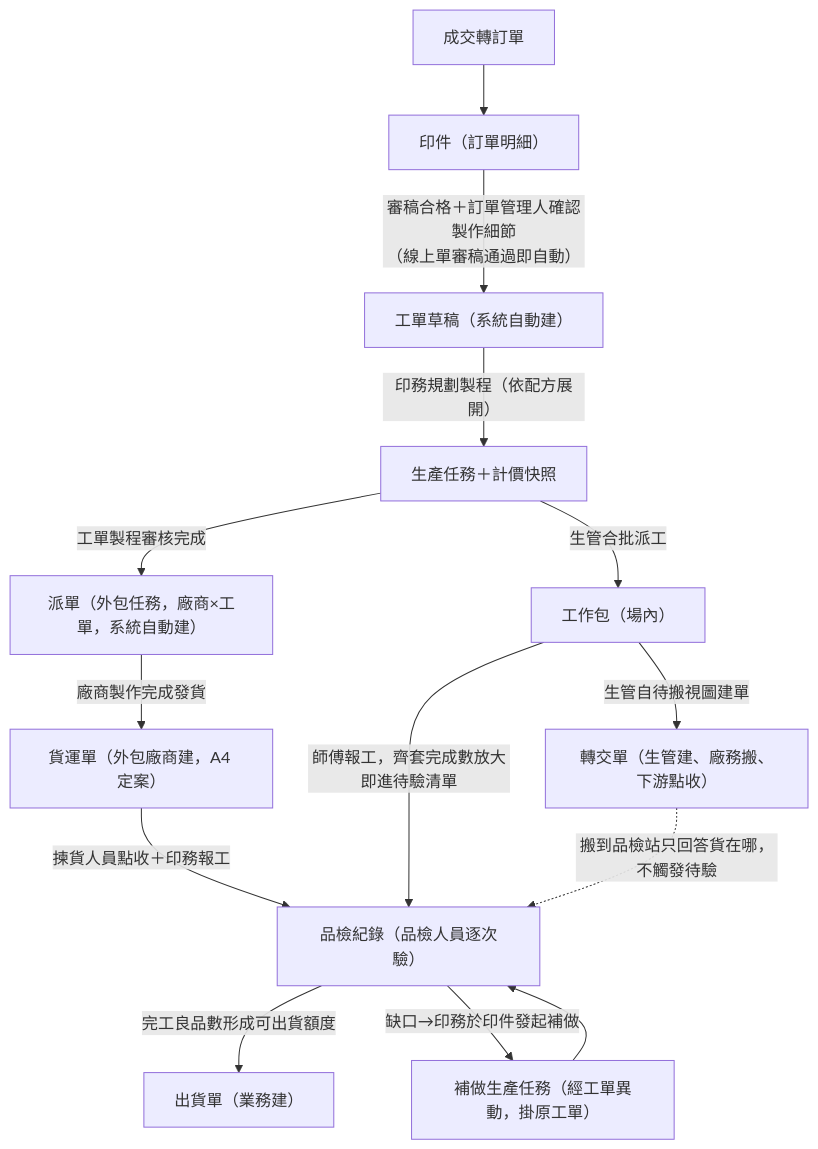
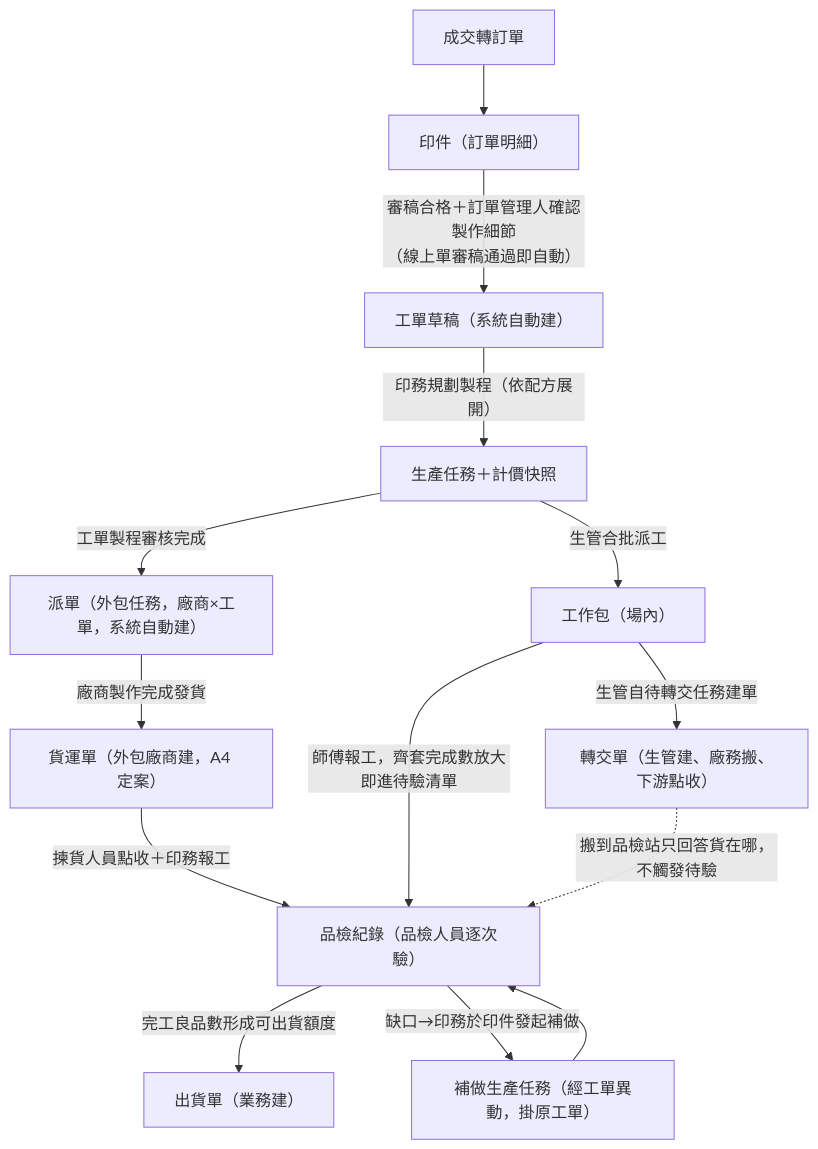
Before and after one commit to Kawato-Miles/erp-spec: the second of 4 diagrams in memory/Sens_wiki/wiki/erp/05-entities/生產領域資料結構總覽.md, drawn with Mermaid. The commit also changed other lines of this file and 25 other files, not shown here.

````diff
--- a/memory/Sens_wiki/wiki/erp/05-entities/生產領域資料結構總覽.md
+++ b/memory/Sens_wiki/wiki/erp/05-entities/生產領域資料結構總覽.md
@@ -61,16 +61,16 @@
 ```mermaid
 flowchart TD
     A["成交轉訂單"] --> B["印件（訂單明細）"]
     B -->|"審稿合格＋訂單管理人確認製作細節<br>（線上單審稿通過即自動）"| C["工單草稿（系統自動建）"]
     C -->|"印務規劃製程（依配方展開）"| D["生產任務＋計價快照"]
     D -->|"工單製程審核完成"| E["派單（外包任務，廠商×工單，系統自動建）"]
     D -->|"生管合批派工"| F["工作包（場內）"]
     E -->|"廠商製作完成發貨"| G["貨運單（外包廠商建，A4 定案）"]
-    F -->|"生管自待搬視圖建單"| H["轉交單（生管建、廠務搬、下游點收）"]
+    F -->|"生管自待轉交任務建單"| H["轉交單（生管建、廠務搬、下游點收）"]
     G -->|"揀貨人員點收＋印務報工"| I["品檢紀錄（品檢人員逐次驗）"]
     F -->|"師傅報工，齊套完成數放大即進待驗清單"| I
     H -.->|"搬到品檢站只回答貨在哪，不觸發待驗"| I
     I -->|"完工良品數形成可出貨額度"| J["出貨單（業務建）"]
     I -->|"缺口→印務於印件發起補做"| K["補做生產任務（經工單異動，掛原工單）"]
     K --> I
 ```
````
